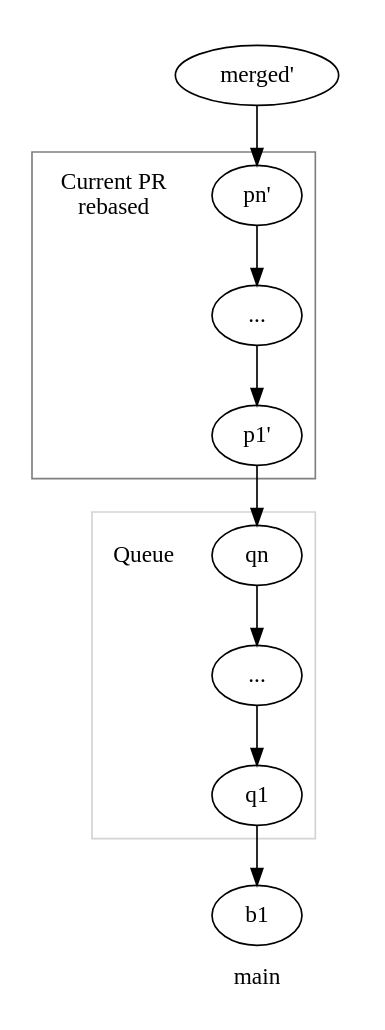
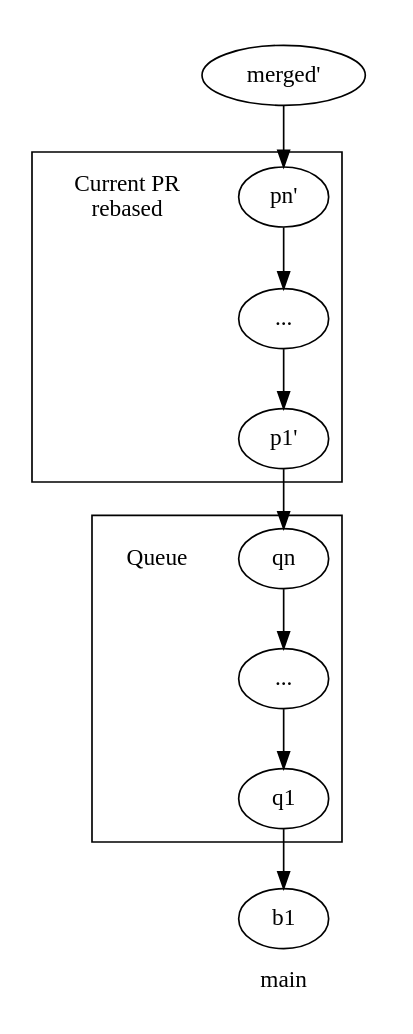
One commit to BenoitHiller/benoithiller.com changed the second of 2 diagrams in src/blog/pr-batching-and-conflicts.mdx. Above: the diagram before and after it, drawn with Graphviz. The commit also changed other lines of this file and 5 other files, not shown here.

First line of the commit message:
apply text styles to graphviz output

````diff
--- a/src/blog/pr-batching-and-conflicts.mdx
+++ b/src/blog/pr-batching-and-conflicts.mdx
@@ -170,32 +171,33 @@
 ```dot
   digraph commits {
+    node [shape=oval];
     subgraph cluster_main {
       b1;
       color = none;
       label = "main";
       labelloc = b;
     }
     subgraph cluster_merged {
       "merged'";
 
       color = none;
     }
 
     subgraph cluster_queue {
       qn -> qdot -> q1 -> b1;
       qdot [label="..."];
 
-      color = lightgray;
-      qlabel [label = "Queue" shape = plain];
+      class = "svg-stroke-gray-300"
+      qlabel [label = "Queue" shape = plaintext];
     }
 
     subgraph cluster_PR {
       "pn'" -> pdot -> "p1'" -> qn;
       pdot [label="..."];
       "merged'" -> "pn'";
 
-      color = gray;
-      plabel [label = "Current PR\nrebased" shape = plain];
+      class = "svg-stroke-gray-500"
+      plabel [label = "Current PR\nrebased" shape = plaintext];
     }
   }
 ```
````
